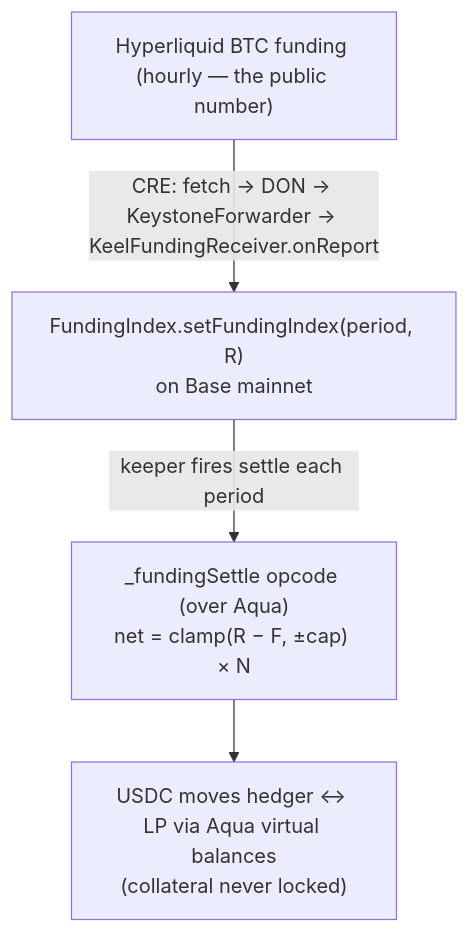
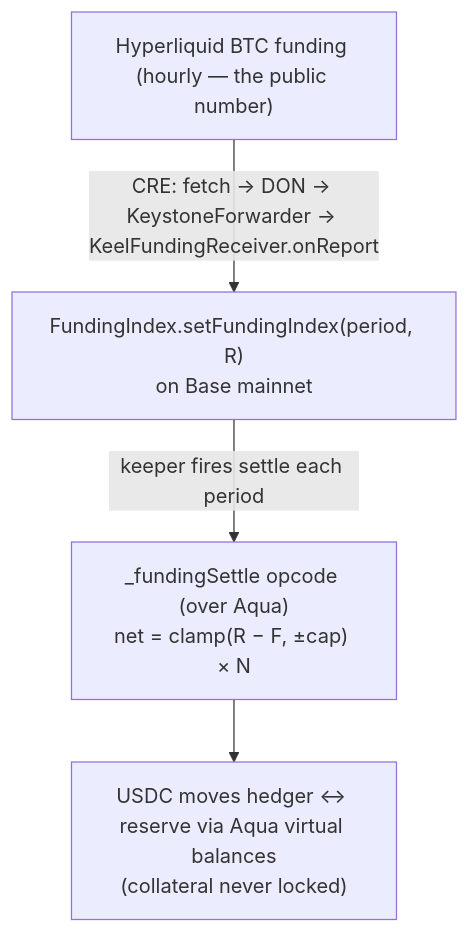
Before and after one commit to 0xYudhishthra/TenorFi: the second of 2 diagrams in README.md, drawn with Mermaid. The commit also changed other lines of this file and 4 other files, not shown here.

First line of the commit message:
docs: adopt insurance/reserve terminology repo-wide; fix flows.md to Aqua-only

````diff
--- a/README.md
+++ b/README.md
@@ -64,6 +64,6 @@
 ```mermaid
 flowchart TB
     A["Hyperliquid BTC funding (hourly — the public number)"] -->|"CRE: fetch → DON → KeystoneForwarder → KeelFundingReceiver.onReport"| B["FundingIndex.setFundingIndex(period, R)<br/>on Base mainnet"]
     B -->|"keeper fires settle each period"| C["_fundingSettle opcode (over Aqua)<br/>net = clamp(R − F, ±cap) × N"]
-    C --> D["USDC moves hedger ↔ LP via Aqua virtual balances<br/>(collateral never locked)"]
+    C --> D["USDC moves hedger ↔ reserve via Aqua virtual balances<br/>(collateral never locked)"]
 ```
````
